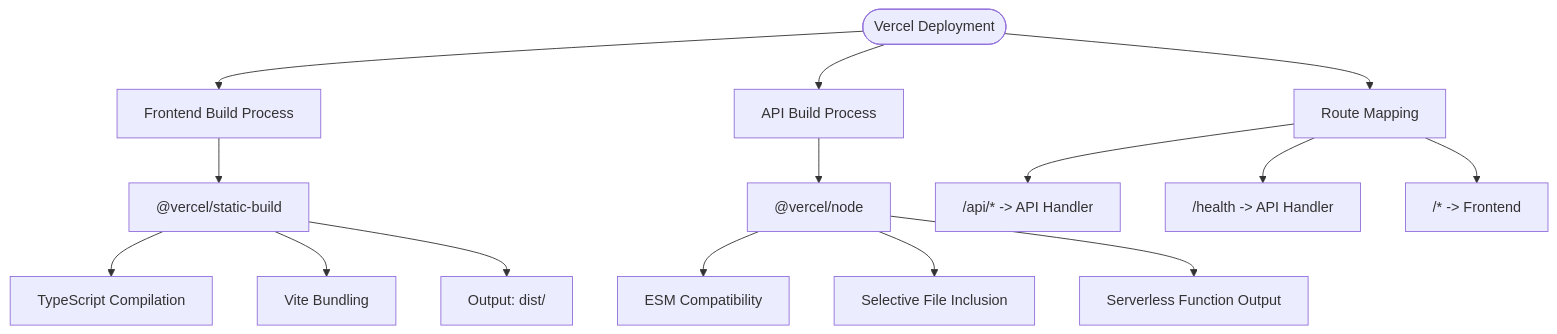
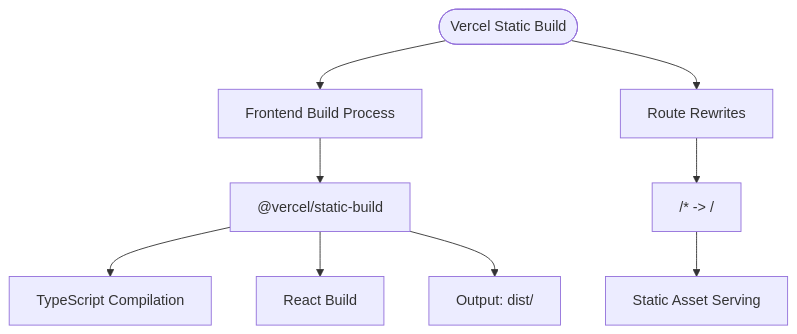
Before and after one commit to vishnusaibhosekar/ares: the fourth of 7 diagrams in .qoder/repowiki/en/content/Deployment & Operations.md, drawn with Mermaid. The commit also changed other lines of this file and 10 other files, not shown here.

````diff
--- a/.qoder/repowiki/en/content/Deployment & Operations.md
+++ b/.qoder/repowiki/en/content/Deployment & Operations.md
@@ -183,17 +230,11 @@
 ```mermaid
 flowchart TD
-Start(["Vercel Deployment"]) --> Build1["Frontend Build Process"]
+Start(["Vercel Static Build"]) --> Build1["Frontend Build Process"]
 Build1 --> FB1["@vercel/static-build"]
 FB1 --> FB2["TypeScript Compilation"]
-FB1 --> FB3["Vite Bundling"]
+FB1 --> FB3["React Build"]
 FB1 --> FB4["Output: dist/"]
-Start --> Build2["API Build Process"]
-Build2 --> AB1["@vercel/node"]
-AB1 --> AB2["ESM Compatibility"]
-AB1 --> AB3["Selective File Inclusion"]
-AB1 --> AB4["Serverless Function Output"]
-Start --> Routes["Route Mapping"]
-Routes --> R1["/api/* -> API Handler"]
-Routes --> R2["/health -> API Handler"]
-Routes --> R3["/* -> Frontend"]
+Start --> Routes["Route Rewrites"]
+Routes --> R1["/* -> /"]
+R1 --> R2["Static Asset Serving"]
 ```
````
